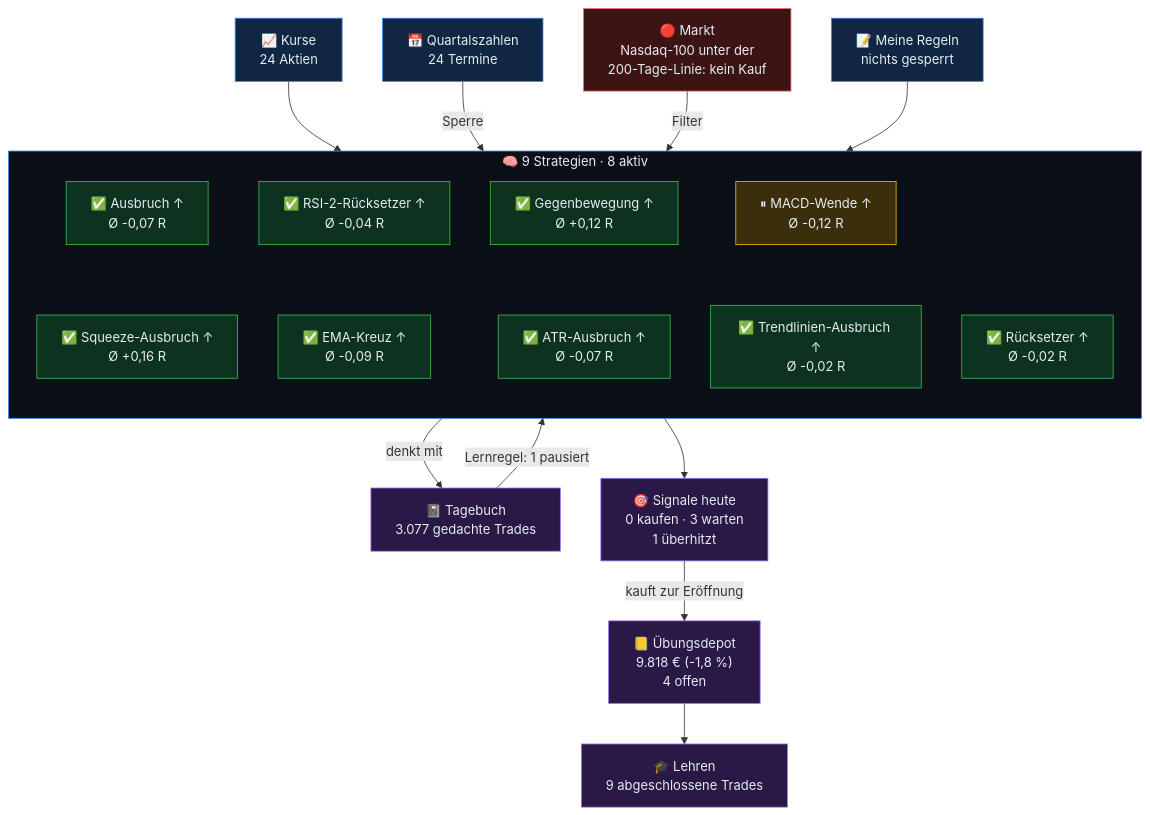
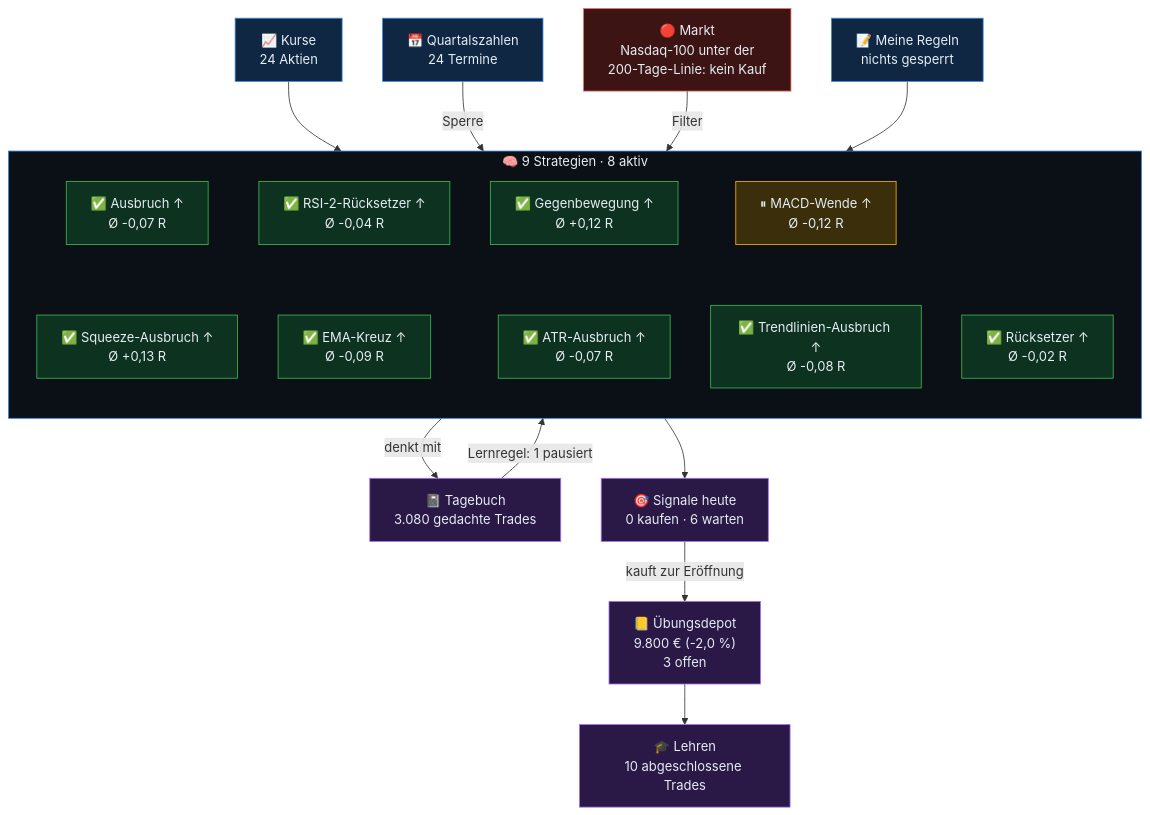
One commit to sickingmalte-arch/Test-Bot changed the diagram in gehirn/Start.md. Above: the diagram before and after it, drawn with Mermaid. The commit also changed other lines of this file and 37 other files, not shown here.

````diff
--- a/gehirn/Start.md
+++ b/gehirn/Start.md
@@ -9,48 +9,48 @@
 ```mermaid
 flowchart TB
   kurse["📈 Kurse<br/>24 Aktien"]
   termine["📅 Quartalszahlen<br/>24 Termine"]
   markt["🔴 Markt<br/>Nasdaq-100 unter der<br/>200-Tage-Linie: kein Kauf"]
   regeln["📝 Meine Regeln<br/>nichts gesperrt"]
   subgraph KERN["🧠 9 Strategien · 8 aktiv"]
     direction TB
     s0["✅ Ausbruch ↑<br/>Ø -0,07 R"]
     s1["✅ RSI-2-Rücksetzer ↑<br/>Ø -0,04 R"]
     s2["✅ Gegenbewegung ↑<br/>Ø +0,12 R"]
     s3["⏸ MACD-Wende ↑<br/>Ø -0,12 R"]
     s4["✅ Rücksetzer ↑<br/>Ø -0,02 R"]
-    s5["✅ Squeeze-Ausbruch ↑<br/>Ø +0,16 R"]
+    s5["✅ Squeeze-Ausbruch ↑<br/>Ø +0,13 R"]
     s6["✅ EMA-Kreuz ↑<br/>Ø -0,09 R"]
     s7["✅ ATR-Ausbruch ↑<br/>Ø -0,07 R"]
-    s8["✅ Trendlinien-Ausbruch ↑<br/>Ø -0,02 R"]
+    s8["✅ Trendlinien-Ausbruch ↑<br/>Ø -0,08 R"]
     s0 ~~~ s5
     s1 ~~~ s6
     s2 ~~~ s7
     s3 ~~~ s8
   end
-  tb["📓 Tagebuch<br/>3.077 gedachte Trades"]
-  sig["🎯 Signale heute<br/>0 kaufen · 3 warten<br/>1 überhitzt"]
-  depot["📒 Übungsdepot<br/>9.818 € (-1,8 %)<br/>4 offen"]
-  lehren["🎓 Lehren<br/>9 abgeschlossene Trades"]
+  tb["📓 Tagebuch<br/>3.080 gedachte Trades"]
+  sig["🎯 Signale heute<br/>0 kaufen · 6 warten"]
+  depot["📒 Übungsdepot<br/>9.800 € (-2,0 %)<br/>3 offen"]
+  lehren["🎓 Lehren<br/>10 abgeschlossene Trades"]
   kurse --> KERN
   termine -->|Sperre| KERN
   markt -->|Filter| KERN
   regeln --> KERN
   KERN -->|denkt mit| tb
   tb -->|Lernregel: 1 pausiert| KERN
   KERN --> sig
   sig -->|kauft zur Eröffnung| depot
   depot --> lehren
   classDef ein fill:#0f2742,stroke:#3987e5,color:#e6edf3
   classDef rot fill:#3d1414,stroke:#f47067,color:#e6edf3
   classDef aktiv fill:#0d3320,stroke:#3fb950,color:#e6edf3
   classDef pausiert fill:#3b2e0a,stroke:#fab219,color:#e6edf3
   classDef aus fill:#22272e,stroke:#6e7681,color:#9ba7b4
   classDef aus2 fill:#2a1846,stroke:#a371f7,color:#e6edf3
   class kurse,termine,regeln ein
   class markt rot
   class tb,sig,depot,lehren aus2
   class s0,s1,s2,s4,s5,s6,s7,s8 aktiv
   class s3 pausiert
   style KERN fill:#0b1016,stroke:#3987e5,color:#e6edf3
 ```
````
